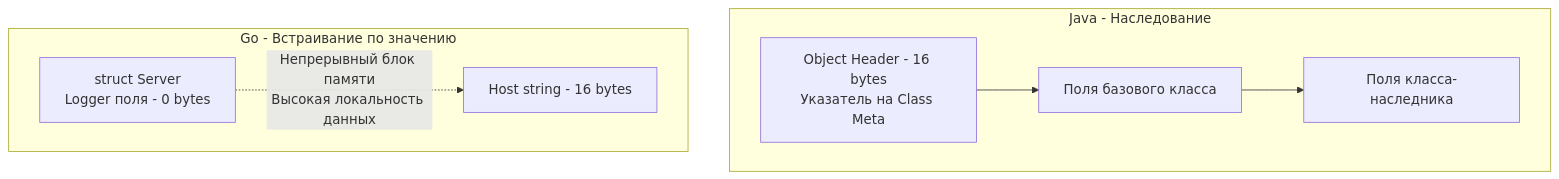
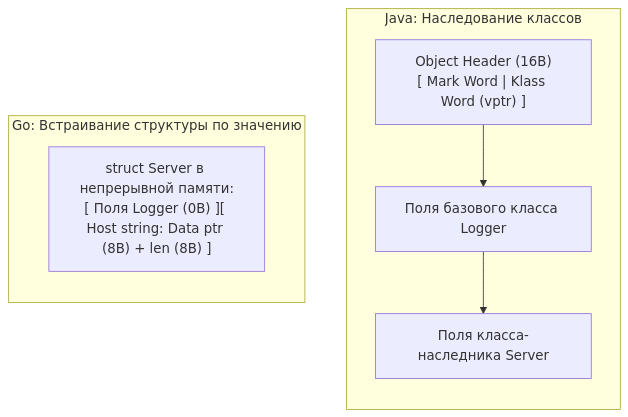
One commit to UnrealTemplier/go-textbook changed the diagram in sources/4. История и философия Go/13. Embedding. Как в Go реализуется композиция.md. Above: the diagram before and after it, drawn with Mermaid. The commit also changed other lines of this file, not shown here.

````diff
--- a/sources/4. История и философия Go/13. Embedding. Как в Go реализуется композиция.md
+++ b/sources/4. История и философия Go/13. Embedding. Как в Go реализуется композиция.md
@@ -46,10 +52,13 @@
 ```mermaid
 flowchart TD
-    subgraph JAVA_INHERIT ["Java - Наследование"]
-        A1["Object Header - 16 bytes<br>Указатель на Class Meta"] --> B1["Поля базового класса"]
-        B1 --> C1["Поля класса-наследника"]
+    subgraph JAVA_INHERIT ["Java: Наследование классов"]
+        direction TB
+        A1["Object Header (16B)<br>[ Mark Word | Klass Word (vptr) ]"] --> B1["Поля базового класса Logger"]
+        B1 --> C1["Поля класса-наследника Server"]
     end
-    subgraph GO_EMBED["Go - Встраивание по значению"]
-        A2["struct Server<br>Logger поля - 0 bytes"] -.->|"Непрерывный блок памяти<br>Высокая локальность данных"| B2["Host string - 16 bytes"]
+
+    subgraph GO_EMBED ["Go: Встраивание структуры по значению"]
+        direction TB
+        A2["struct Server в непрерывной памяти:<br>[ Поля Logger (0B) ][ Host string: Data ptr (8B) + len (8B) ]"]
     end
 ```
````
